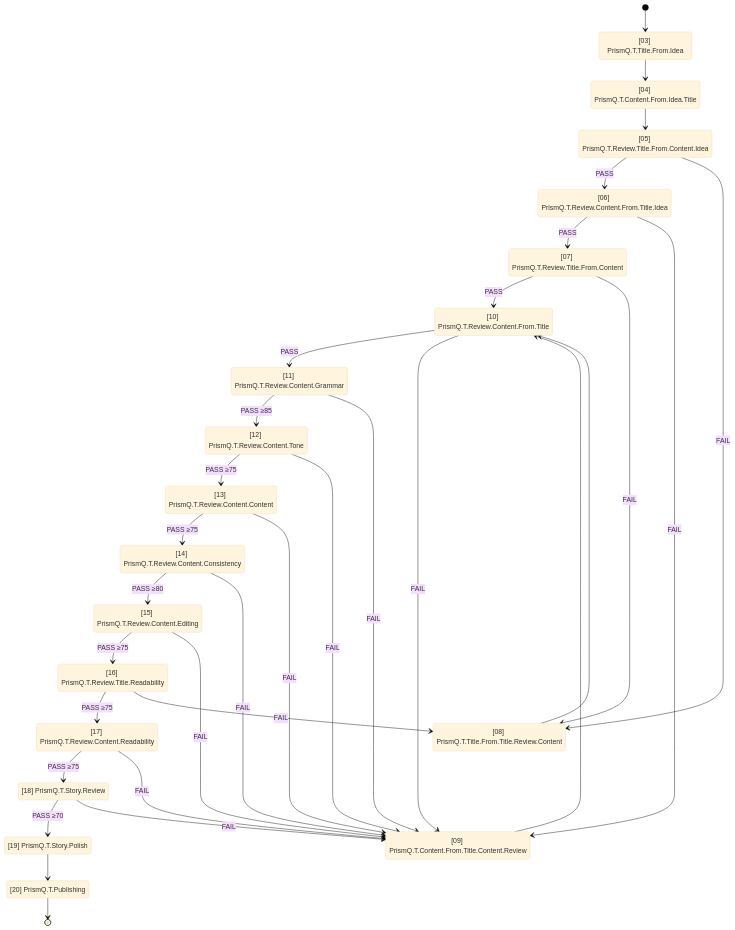
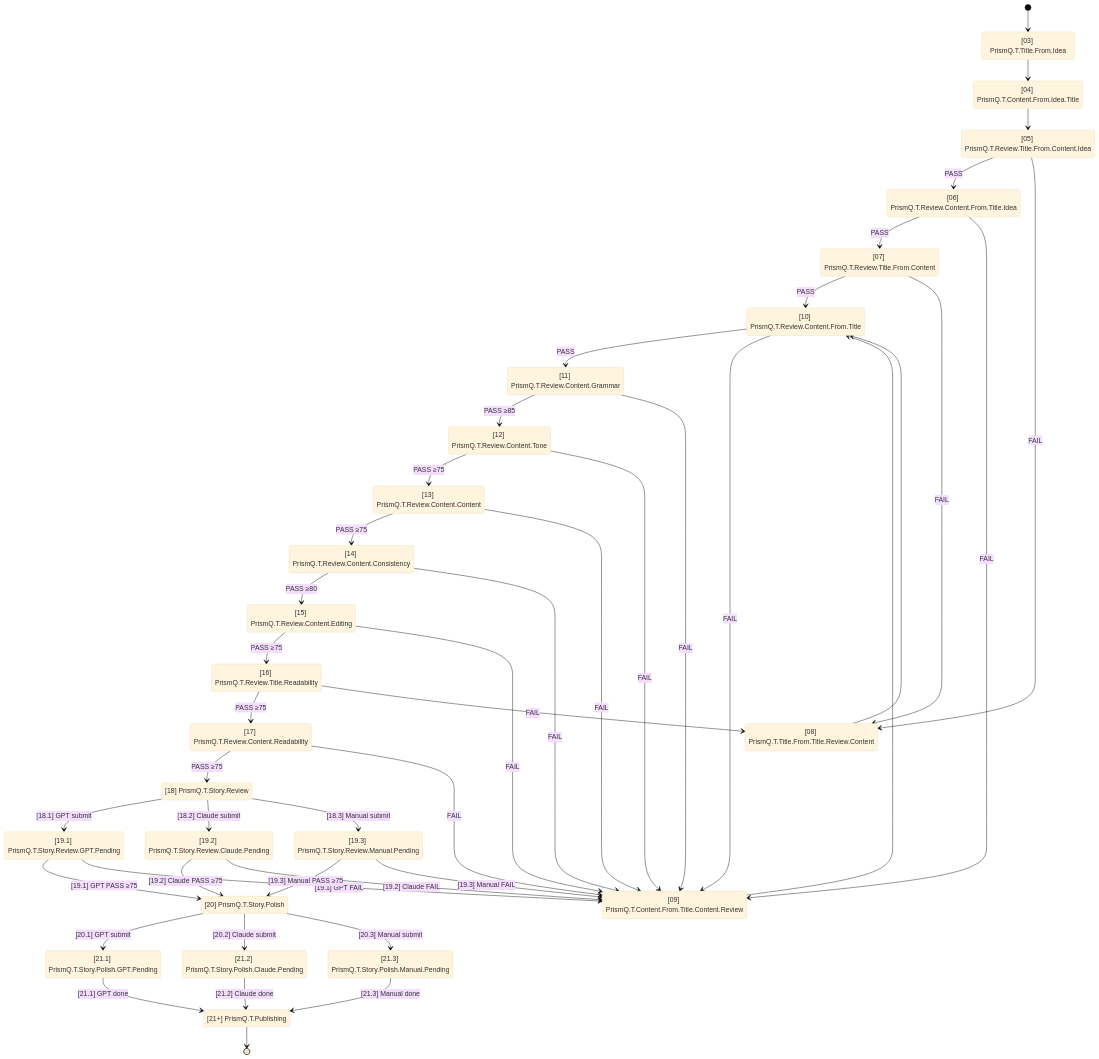
One commit to Nomoos/PrismQ changed the diagram in _meta/docs/workflow/state-machine.md. Above: the diagram before and after it, drawn with Mermaid (base theme). The commit also changed other lines of this file and 46 other files, not shown here.

````diff
--- a/_meta/docs/workflow/state-machine.md
+++ b/_meta/docs/workflow/state-machine.md
@@ -30,9 +30,21 @@
     Editing                : [15] PrismQ.T.Review.Content.Editing
     TitleReadability       : [16] PrismQ.T.Review.Title.Readability
     ContentReadability     : [17] PrismQ.T.Review.Content.Readability
+
+    %% ── Expert review + polish entry points ──────────────────────────────
     StoryReview            : [18] PrismQ.T.Story.Review
-    StoryPolish            : [19] PrismQ.T.Story.Polish
-    Publishing             : [20] PrismQ.T.Publishing
+    StoryPolish            : [20] PrismQ.T.Story.Polish
+    Publishing             : [21+] PrismQ.T.Publishing
+
+    %% ── Expert review pending states (one per model track) ───────────────
+    RevGPTPending    : [19.1] PrismQ.T.Story.Review.GPT.Pending
+    RevClaudePending : [19.2] PrismQ.T.Story.Review.Claude.Pending
+    RevManualPending : [19.3] PrismQ.T.Story.Review.Manual.Pending
+
+    %% ── Polish pending states (one per model track) ──────────────────────
+    PolGPTPending    : [21.1] PrismQ.T.Story.Polish.GPT.Pending
+    PolClaudePending : [21.2] PrismQ.T.Story.Polish.Claude.Pending
+    PolManualPending : [21.3] PrismQ.T.Story.Polish.Manual.Pending
 
     %% ── Phase 1–2: Generation ────────────────────────────────────────────
     [*]                    --> TitleFromIdea
@@ -50,10 +62,8 @@
     RevTitleFromContent     --> RevContentFromTitle     : PASS
     RevTitleFromContent     --> TitleRegen              : FAIL
 
-    %% ── Phase 4: Regeneration loops (modules 08–09) ────────────────────
-    %% [08] title improvement → [10] quality gate (content checked against new title)
+    %% ── Phase 4: Regeneration loops (modules 08–09) ─────────────────────
     TitleRegen     --> RevContentFromTitle
-    %% [09] content improvement → [10] quality gate
     ContentRegen09 --> RevContentFromTitle
 
     %% ── Phase 5: Pre-Quality Gate (module 10) ───────────────────────────
@@ -61,7 +71,6 @@
     RevContentFromTitle --> ContentRegen09 : FAIL
 
     %% ── Phase 6: Quality Review Chain (modules 11–17) ───────────────────
-    %% content issues → [09] content regen; title issue → [08] title regen
     Grammar     --> Tone             : PASS ≥85
     Grammar     --> ContentRegen09   : FAIL
 
@@ -83,11 +92,29 @@
     ContentReadability --> StoryReview    : PASS ≥75
     ContentReadability --> ContentRegen09 : FAIL
 
-    %% ── Phase 7: Expert Review (modules 18–19) ──────────────────────────
-    StoryReview --> StoryPolish    : PASS ≥70
-    StoryReview --> ContentRegen09 : FAIL
+    %% ── Phase 7: Expert Review — Submit [18] ────────────────────────────
+    %% One model is active per run (PRISMQ_REVIEW_MODE env var)
+    StoryReview --> RevGPTPending    : [18.1] GPT submit
+    StoryReview --> RevClaudePending : [18.2] Claude submit
+    StoryReview --> RevManualPending : [18.3] Manual submit
 
-    StoryPolish --> Publishing
+    %% ── Phase 7: Expert Review — Poll [19] ──────────────────────────────
+    RevGPTPending    --> StoryPolish    : [19.1] GPT PASS ≥75
+    RevGPTPending    --> ContentRegen09 : [19.1] GPT FAIL
+    RevClaudePending --> StoryPolish    : [19.2] Claude PASS ≥75
+    RevClaudePending --> ContentRegen09 : [19.2] Claude FAIL
+    RevManualPending --> StoryPolish    : [19.3] Manual PASS ≥75
+    RevManualPending --> ContentRegen09 : [19.3] Manual FAIL
+
+    %% ── Phase 8: Polish — Submit [20] ───────────────────────────────────
+    StoryPolish --> PolGPTPending    : [20.1] GPT submit
+    StoryPolish --> PolClaudePending : [20.2] Claude submit
+    StoryPolish --> PolManualPending : [20.3] Manual submit
+
+    %% ── Phase 8: Polish — Poll [21] ─────────────────────────────────────
+    PolGPTPending    --> Publishing : [21.1] GPT done
+    PolClaudePending --> Publishing : [21.2] Claude done
+    PolManualPending --> Publishing : [21.3] Manual done
 
     Publishing --> [*]
 ```
````
